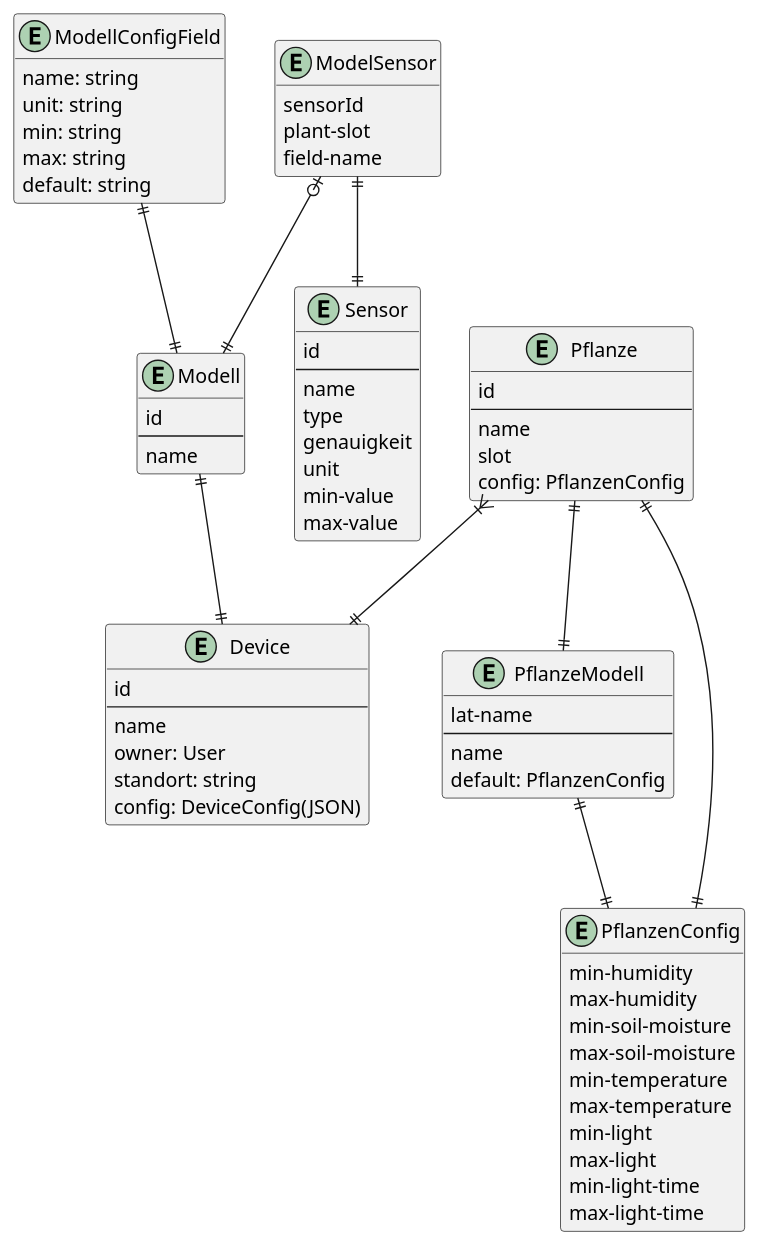
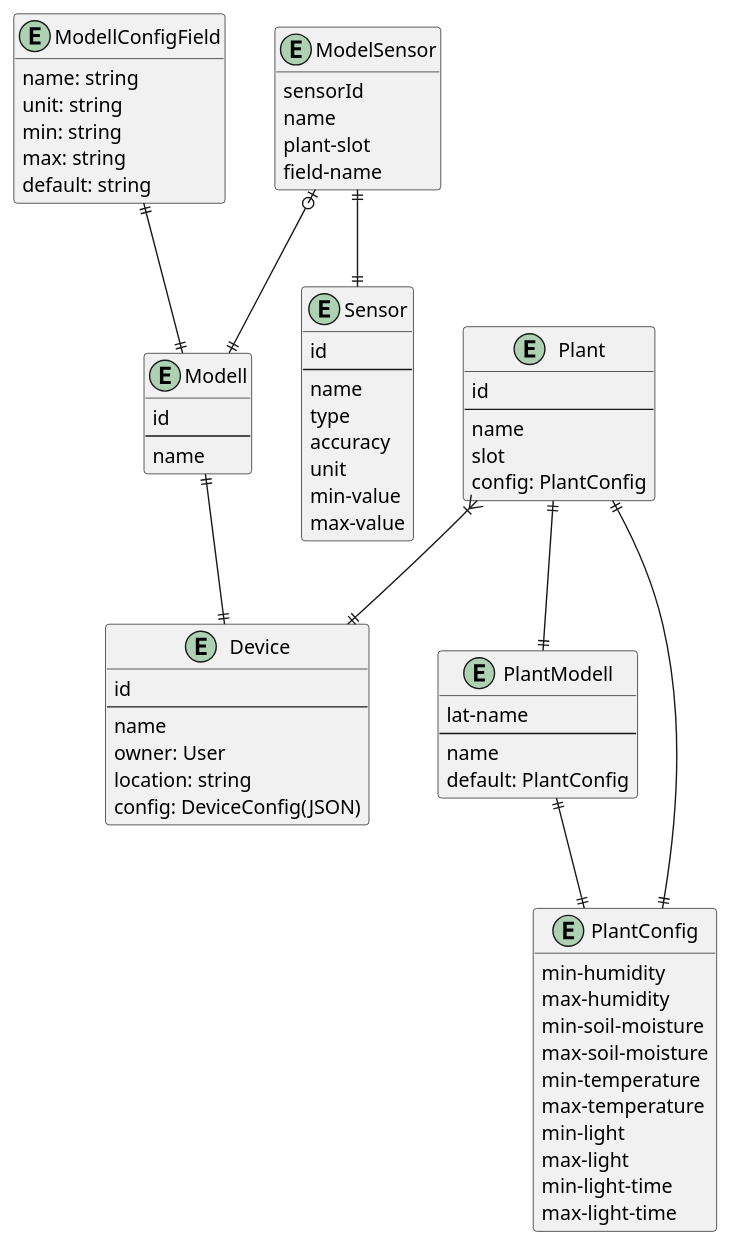
The diagram in doc/diagrams/db.puml (VadimSokow/Plantmatic), drawn with PlantUML before and after one commit.

Commit message:
add name field for ModelSensor, translate german to english

```diff
--- a/doc/diagrams/db.puml
+++ b/doc/diagrams/db.puml
@@ -1,87 +1,88 @@
 @startuml
 'https://plantuml.com/class-diagram
 
 ' Was ist ein Gerät?
 ' -> Controller (Raspi), nicht die Pflanze
 
 hide empty members
 
 entity Device {
     id
     --
     name
     owner: User
-    standort: string
+    location: string
     config: DeviceConfig(JSON)
 }
 
 entity Modell {
     id
     --
     name
 }
 
 entity ModellConfigField {
     name: string
     unit: string
     min: string
     max: string
     default: string
 }
 
 entity ModelSensor {
     sensorId
+    name
     plant-slot
     field-name
 }
 
 entity Sensor {
     id
     --
     name
     type
-    genauigkeit
+    accuracy
     unit
     min-value
     max-value
 }
 
-' Pflanze an einem Gerät für einem Nutzer
-entity Pflanze {
+' Plant an einem Gerät für einem Nutzer
+entity Plant {
     id
     --
     name
     slot
-    config: PflanzenConfig
+    config: PlantConfig
 }
 
-entity PflanzeModell {
+entity PlantModell {
     lat-name
     --
     name
-    default: PflanzenConfig
+    default: PlantConfig
 }
 
-entity PflanzenConfig {
+entity PlantConfig {
     min-humidity
     max-humidity
     min-soil-moisture
     max-soil-moisture
     min-temperature
     max-temperature
     min-light
     max-light
     min-light-time
     max-light-time
 }
 
-Pflanze }|--|| Device
+Plant }|--|| Device
 Modell ||--|| Device
 ModellConfigField ||--|| Modell
 ModelSensor |o--|| Modell
 ModelSensor ||--|| Sensor
-Pflanze ||--|| PflanzeModell
-Pflanze ||--|| PflanzenConfig
-PflanzeModell ||--|| PflanzenConfig
+Plant ||--|| PlantModell
+Plant ||--|| PlantConfig
+PlantModell ||--|| PlantConfig
 
 @enduml
```
